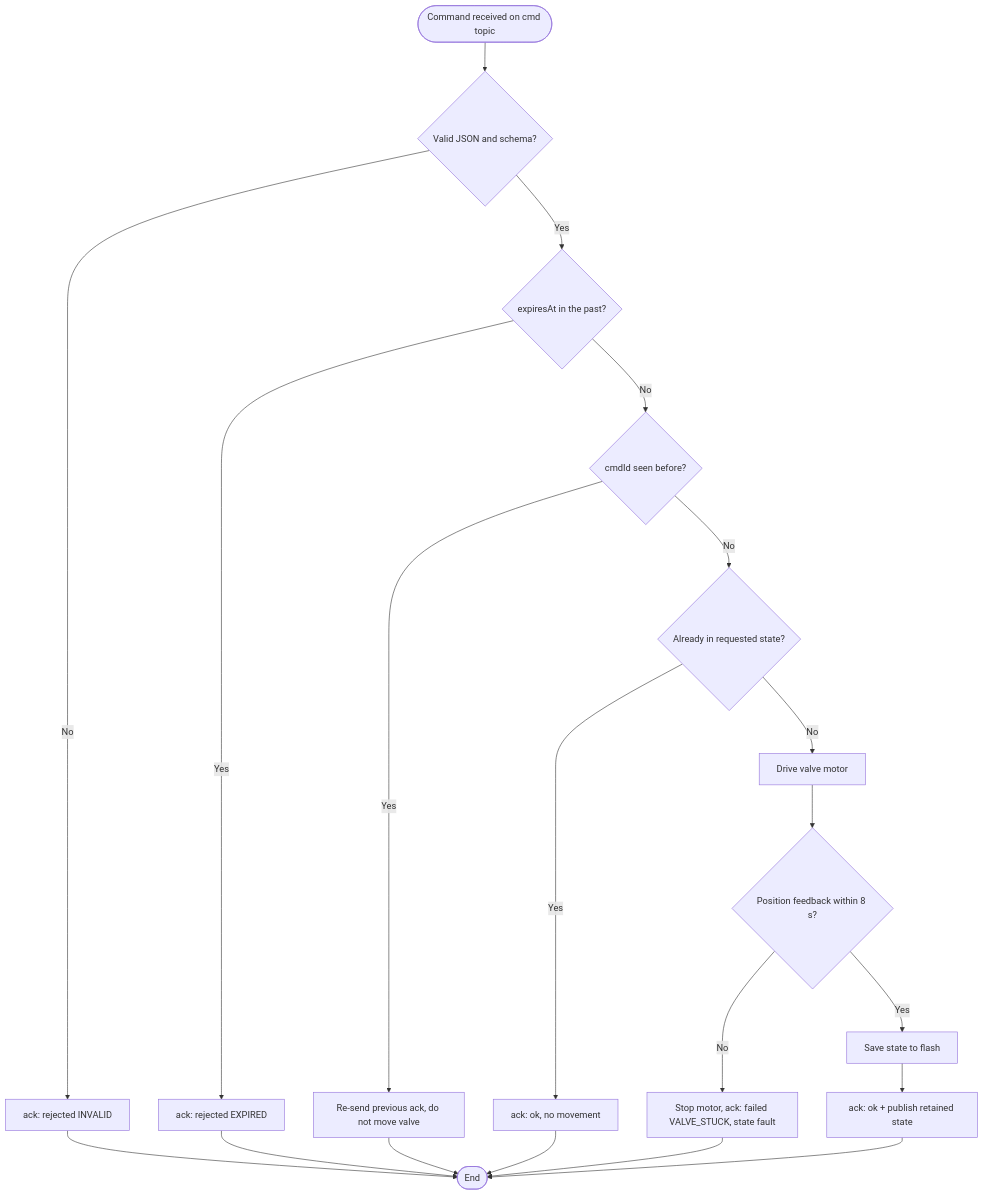
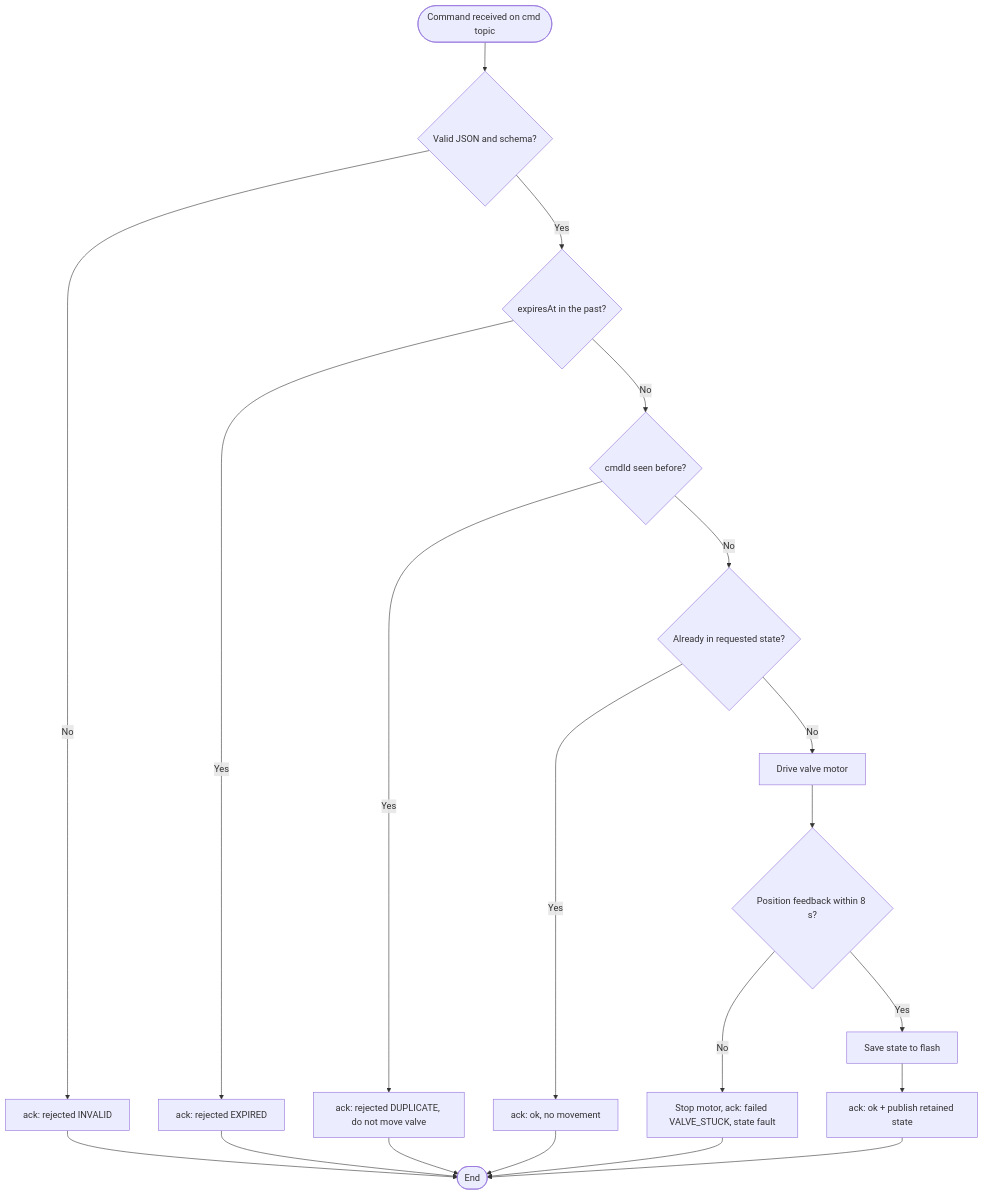
The ninth of 16 diagrams in docs/SRS.md (Sanaullah-Niazi/aquapulse), drawn with Mermaid before and after one commit. The commit also changed other lines of this file and 66 other files, not shown here.

````diff
--- a/docs/SRS.md
+++ b/docs/SRS.md
@@ -2070,17 +2073,17 @@
 ```mermaid
 flowchart TD
   A([Command received on cmd topic]) --> B{Valid JSON and schema?}
   B -- No --> R1[ack: rejected INVALID] --> Z([End])
   B -- Yes --> C{expiresAt in the past?}
   C -- Yes --> R2[ack: rejected EXPIRED] --> Z
   C -- No --> D{cmdId seen before?}
-  D -- Yes --> R3[Re-send previous ack, do not move valve] --> Z
+  D -- Yes --> R3[ack: rejected DUPLICATE, do not move valve] --> Z
   D -- No --> E{Already in requested state?}
   E -- Yes --> OK1[ack: ok, no movement] --> Z
   E -- No --> F[Drive valve motor]
   F --> G{Position feedback within 8 s?}
   G -- No --> R4[Stop motor, ack: failed VALVE_STUCK, state fault] --> Z
   G -- Yes --> H[Save state to flash]
   H --> I[ack: ok + publish retained state]
   I --> Z
 ```
````
